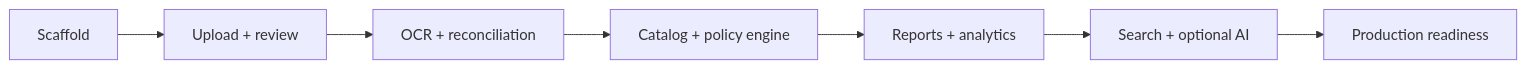
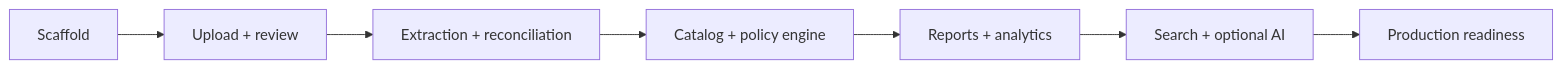
One commit to felipe0328/supplylens changed the second of 2 diagrams in README.md. Above: the diagram before and after it, drawn with Mermaid. The commit also changed other lines of this file and 38 other files, not shown here.

````diff
--- a/README.md
+++ b/README.md
@@ -240,9 +253,9 @@
 ```mermaid
 flowchart LR
     A[Scaffold] --> B[Upload + review]
-    B --> C[OCR + reconciliation]
+    B --> C[Extraction + reconciliation]
     C --> D[Catalog + policy engine]
     D --> E[Reports + analytics]
     E --> F[Search + optional AI]
     F --> G[Production readiness]
 ```
````
